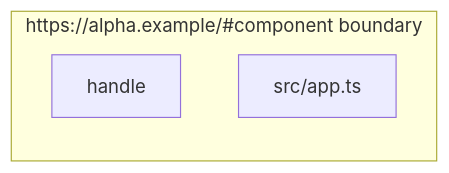
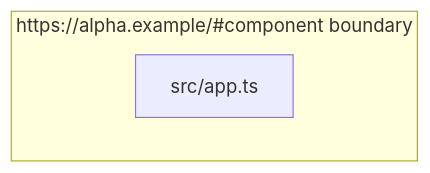
Before and after one commit to jamiemitchellconsultants/division-ontology: the diagram in test/impact-corpus/walkthrough/expected/005/view-code.md, drawn with Mermaid. The commit also changed other lines of this file and 55 other files, not shown here.

````diff
--- a/test/impact-corpus/walkthrough/expected/005/view-code.md
+++ b/test/impact-corpus/walkthrough/expected/005/view-code.md
@@ -7,9 +7,7 @@
 ```mermaid
 flowchart LR
   subgraph boundary["https://alpha.example/#component boundary"]
-    n3c90a62097b91358["handle"]
     na8c48bc8da559d02["src/app.ts"]
   end
-  click n3c90a62097b91358 "#evidence-3c90a62097b91358"
   click na8c48bc8da559d02 "#evidence-a8c48bc8da559d02"
 ```
````
